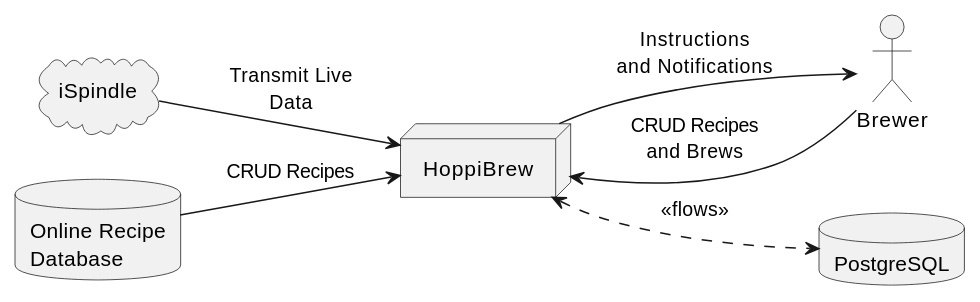
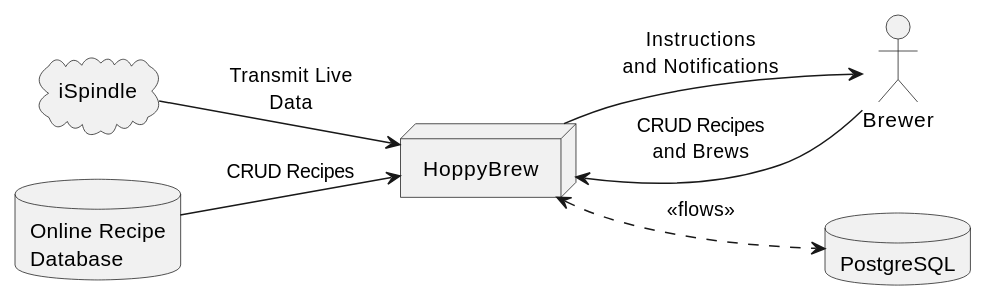
The first of 9 diagrams in documents/docs/00-HoppyBrew.md (asbor/iu-project-software-engineering), drawn with PlantUML before and after one commit. The commit also changed other lines of this file and 3 other files, not shown here.

```diff
--- a/documents/docs/00-HoppyBrew.md
+++ b/documents/docs/00-HoppyBrew.md
@@ -234,17 +233,17 @@
 @startuml 02-Context-Vew-Business
 
 left to right direction
 
 cloud iSpindle
 actor Brewer
 database "Online Recipe\nDatabase" as RecipeDB
 
-node "HoppiBrew" as HoppiBrew
+node "HoppyBrew" as HoppyBrew
 database "PostgreSQL" as PostgreSQL
 
-RecipeDB --> HoppiBrew : CRUD Recipes
-iSpindle --> HoppiBrew : Transmit Live\nData
-Brewer --> HoppiBrew : CRUD Recipes\nand Brews
-HoppiBrew <..> PostgreSQL : <<flows>>
-HoppiBrew --> Brewer : Instructions\nand Notifications
+RecipeDB --> HoppyBrew : CRUD Recipes
+iSpindle --> HoppyBrew : Transmit Live\nData
+Brewer --> HoppyBrew : CRUD Recipes\nand Brews
+HoppyBrew <..> PostgreSQL : <<flows>>
+HoppyBrew --> Brewer : Instructions\nand Notifications
 @enduml
```
